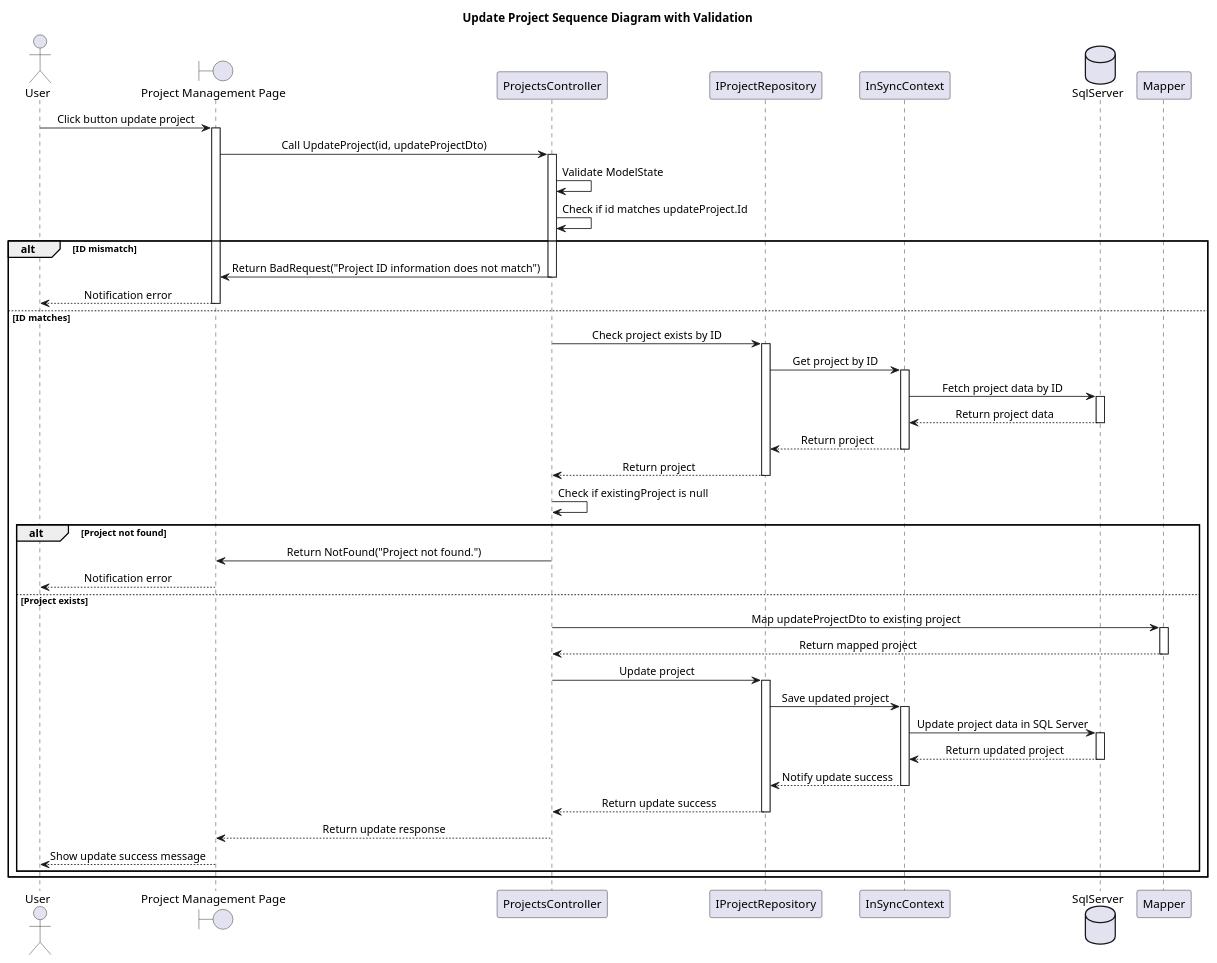
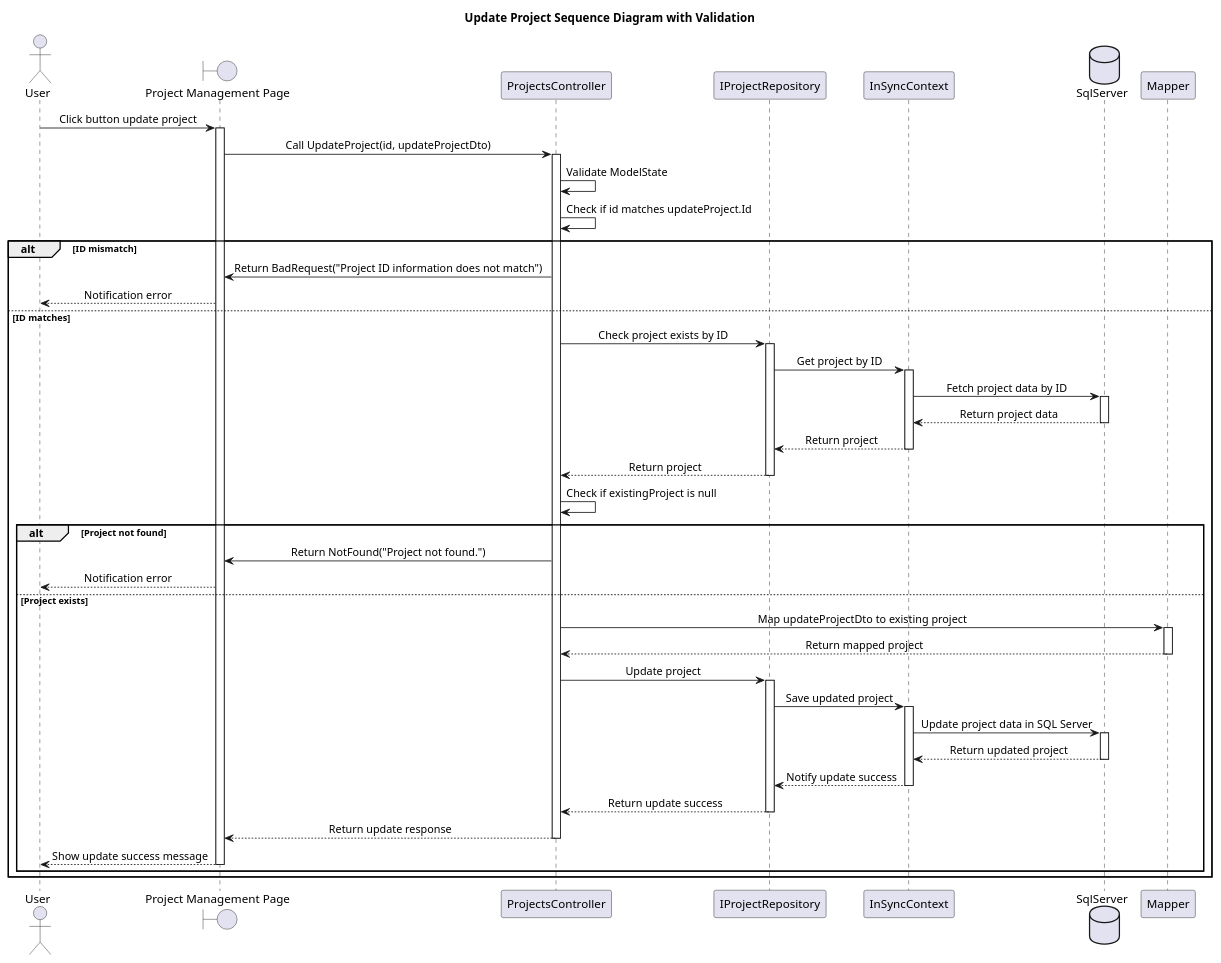
One commit to Caothuludau/InSyncDocument changed the diagram in ClassDiagram/ProjectManagement/UpdateProjectSequenceDiagram.plantuml. Above: the diagram before and after it, drawn with PlantUML. The commit also changed 19 other files, not shown here.

```diff
--- a/ClassDiagram/ProjectManagement/UpdateProjectSequenceDiagram.plantuml
+++ b/ClassDiagram/ProjectManagement/UpdateProjectSequenceDiagram.plantuml
@@ -1,74 +1,69 @@
 @startuml
 skinparam classAttributeIconSize 0
 skinparam SequenceMessageAlignment center
 Title Update Project Sequence Diagram with Validation
 
 actor "User" as U
 boundary "Project Management Page" as Hp
 participant "ProjectsController" as ProController
 participant "IProjectRepository" as IProRepo
 participant "InSyncContext" as ISContext
 database "SqlServer" as Db
 participant "Mapper" as Mapper
 
 U -> Hp : Click button update project
 activate Hp
 
 Hp -> ProController : Call UpdateProject(id, updateProjectDto)
 activate ProController
 ProController -> ProController : Validate ModelState
 ProController -> ProController : Check if id matches updateProject.Id
 alt ID mismatch
     ProController -> Hp : Return BadRequest("Project ID information does not match")
-    deactivate ProController
-    Hp --> U : Notification error
-    deactivate Hp
-    
+
+    Hp --> U : Notification error   
 else ID matches
     ProController -> IProRepo : Check project exists by ID
     activate IProRepo
     IProRepo -> ISContext : Get project by ID
     activate ISContext
     ISContext -> Db : Fetch project data by ID
     activate Db
     Db --> ISContext : Return project data
     deactivate Db
     ISContext --> IProRepo : Return project
     deactivate ISContext
     IProRepo --> ProController : Return project
     deactivate IProRepo
 
     ProController -> ProController : Check if existingProject is null
     alt Project not found
         ProController -> Hp : Return NotFound("Project not found.")
-        deactivate ProController
         Hp --> U : Notification error
-        deactivate Hp
-       
     else Project exists
         ProController -> Mapper : Map updateProjectDto to existing project
         activate Mapper
         Mapper --> ProController : Return mapped project
         deactivate Mapper
 
         ProController -> IProRepo : Update project
         activate IProRepo
         IProRepo -> ISContext : Save updated project
         activate ISContext
         ISContext -> Db : Update project data in SQL Server
         activate Db
         Db --> ISContext : Return updated project
         deactivate Db
         ISContext --> IProRepo : Notify update success
         deactivate ISContext
         IProRepo --> ProController : Return update success
         deactivate IProRepo
 
         ProController --> Hp : Return update response
         deactivate ProController
         Hp --> U : Show update success message
         deactivate Hp
     end
 end
 
 @enduml
```
